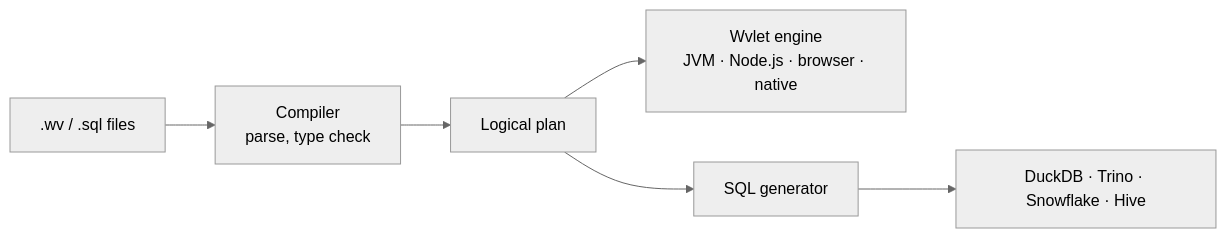
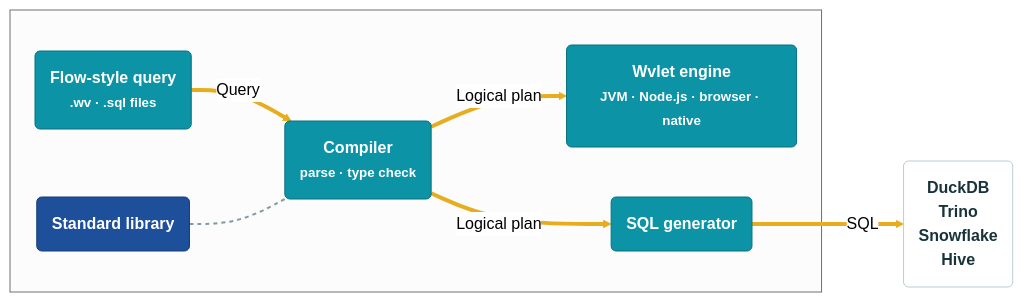
One commit to wvlet/wvlet changed the diagram in website/docs/index.md. Above: the diagram before and after it, drawn with Mermaid (neutral theme). The commit also changed 2 other files, not shown here.

Commit message:
doc: Style the architecture diagram like the Trino Summit slides so the intro page reads at a glance
Teal stage boxes, a navy standard-library box, thick gold arrows, and a light teal panel around the
Wvlet stages. Mermaid now measures labels with the site font, so edge labels no longer clip.

````diff
--- a/website/docs/index.md
+++ b/website/docs/index.md
@@ -87,8 +87,26 @@
 ```mermaid
 flowchart LR
-  wv[".wv / .sql files"] --> compiler["Compiler<br/>parse, type check"]
-  compiler --> plan["Logical plan"]
-  plan --> engine["Wvlet engine<br/>JVM · Node.js · browser · native"]
-  plan --> sqlgen["SQL generator"]
-  sqlgen --> sql["DuckDB · Trino · Snowflake · Hive"]
+  subgraph wvlet[" "]
+    query("Flow-style query<br/><small>.wv · .sql files</small>")
+    compiler("Compiler<br/><small>parse · type check</small>")
+    stdlib("Standard library")
+    engine("Wvlet engine<br/><small>JVM · Node.js · browser · native</small>")
+    sqlgen("SQL generator")
+  end
+  sql("DuckDB<br/>Trino<br/>Snowflake<br/>Hive")
+
+  query ==>|Query| compiler
+  stdlib -.- compiler
+  compiler ==>|Logical plan| engine
+  compiler ==>|Logical plan| sqlgen
+  sqlgen ==>|SQL| sql
+
+  classDef stage fill:#0d93a6,stroke:#08717f,stroke-width:1px,color:#ffffff,font-weight:600
+  classDef lib fill:#1d4f9a,stroke:#163d78,stroke-width:1px,color:#ffffff,font-weight:600
+  classDef target fill:#ffffff,stroke:#b9cdd1,stroke-width:1px,color:#18343a,font-weight:600
+  class query,compiler,engine,sqlgen stage
+  class stdlib lib
+  class sql target
+  linkStyle default stroke:#e6ad1f,stroke-width:4px
+  linkStyle 1 stroke:#7f9aa0,stroke-width:2px,stroke-dasharray:4 4
 ```
````
